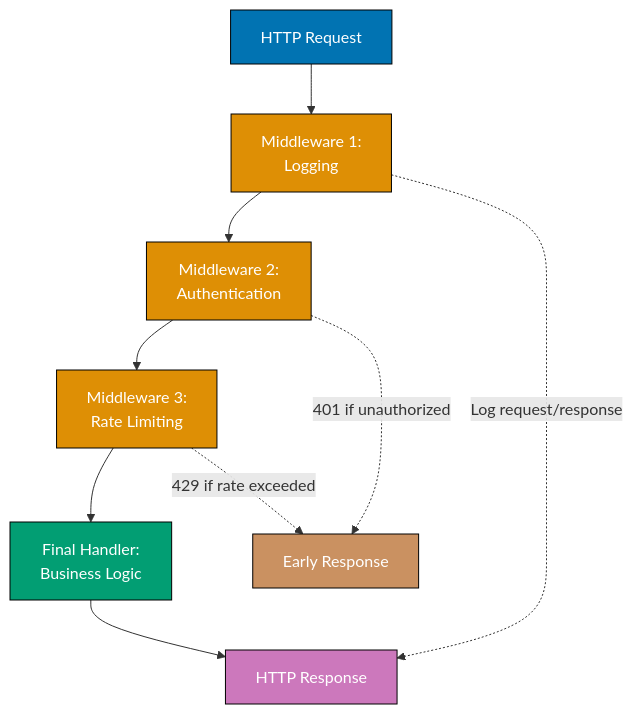
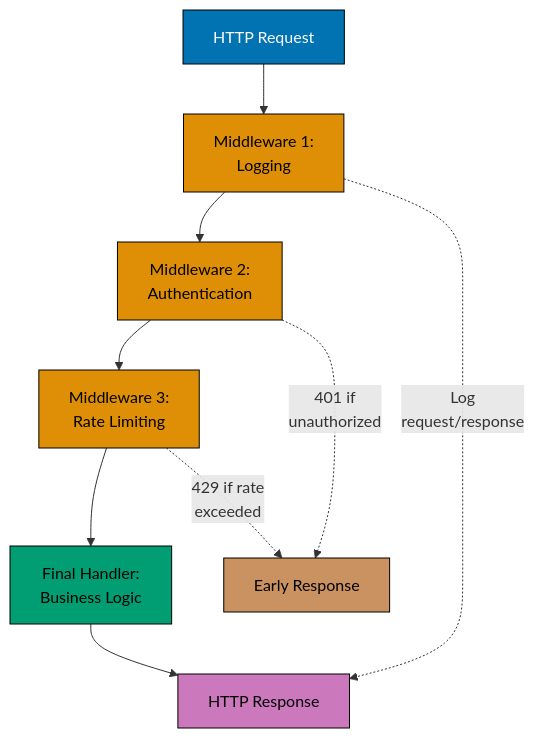
Before and after one commit to wahidyankf/ose-public: the eighth of 12 diagrams in apps/ayokoding-www/content/en/learn/legacy/software-engineering/programming-languages/golang/by-example/intermediate.md, drawn with Mermaid. The commit also changed other lines of this file and 112 other files, not shown here.

First line of the commit message:
fix(mermaid): bring the legacy programming-languages diagrams onto the accessible palette

````diff
--- a/apps/ayokoding-www/content/en/learn/legacy/software-engineering/programming-languages/golang/by-example/intermediate.md
+++ b/apps/ayokoding-www/content/en/learn/legacy/software-engineering/programming-languages/golang/by-example/intermediate.md
@@ -2529,21 +2572,29 @@
 ```mermaid
 %% Color Palette: Blue #0173B2, Orange #DE8F05, Teal #029E73, Purple #CC78BC, Brown #CA9161
 graph TD
+    accTitle: Example 51: HTTP Middleware Chain
+    accDescr: Graph with 7 nodes and 8 connections. Nodes: HTTP Request, Middleware 1: Logging, Middleware 2: Authentication, Middleware 3: Rate Limiting, Final Handler: Business Logic, HTTP Response, Early Response. Connections: HTTP Request to Middleware 1: Logging, Middleware 1: Logging to Middleware 2: Authentication, Middleware 2: Authentication to Middleware 3: Rate Limiting, Middleware 3: Rate Limiting to Final Handler: Business Logic, Final Handler: Business Logic to HTTP Response, Middleware 1: Logging to HTTP Response (Log request/response), Middleware 2: Authentication to Early Response (401 if unauthorized), Middleware 3: Rate Limiting to Early Response (429 if rate exceeded).
     Request["HTTP Request"] --> M1["Middleware 1:<br/>Logging"]
     M1 --> M2["Middleware 2:<br/>Authentication"]
     M2 --> M3["Middleware 3:<br/>Rate Limiting"]
     M3 --> Handler["Final Handler:<br/>Business Logic"]
     Handler --> Response["HTTP Response"]
 
-    M1 -.->|"Log request/response"| Response
-    M2 -.->|"401 if unauthorized"| ShortCircuit["Early Response"]
-    M3 -.->|"429 if rate exceeded"| ShortCircuit
+    M1 -.->|"Log<br/>request/response"| Response
+    M2 -.->|"401 if<br/>unauthorized"| ShortCircuit["Early Response"]
+    M3 -.->|"429 if rate<br/>exceeded"| ShortCircuit
 
-    style Request fill:#0173B2,stroke:#000,color:#fff
-    style M1 fill:#DE8F05,stroke:#000,color:#fff
-    style M2 fill:#DE8F05,stroke:#000,color:#fff
-    style M3 fill:#DE8F05,stroke:#000,color:#fff
-    style Handler fill:#029E73,stroke:#000,color:#fff
-    style Response fill:#CC78BC,stroke:#000,color:#fff
-    style ShortCircuit fill:#CA9161,stroke:#000,color:#fff
+    classDef pal-0173B2 fill:#0173B2,stroke:#000000,color:#FFFFFF
+    class Request pal-0173B2
+    classDef pal-DE8F05 fill:#DE8F05,stroke:#000000,color:#000000
+    class M1 pal-DE8F05
+    class M2 pal-DE8F05
+    class M3 pal-DE8F05
+    classDef pal-029E73 fill:#029E73,stroke:#000000,color:#000000
+    class Handler pal-029E73
+    classDef pal-CC78BC fill:#CC78BC,stroke:#000000,color:#000000
+    class Response pal-CC78BC
+    classDef pal-CA9161 fill:#CA9161,stroke:#000000,color:#000000
+    class ShortCircuit pal-CA9161
+    classDef default fill:#FFFFFF,stroke:#000000,color:#000000
 ```
````
